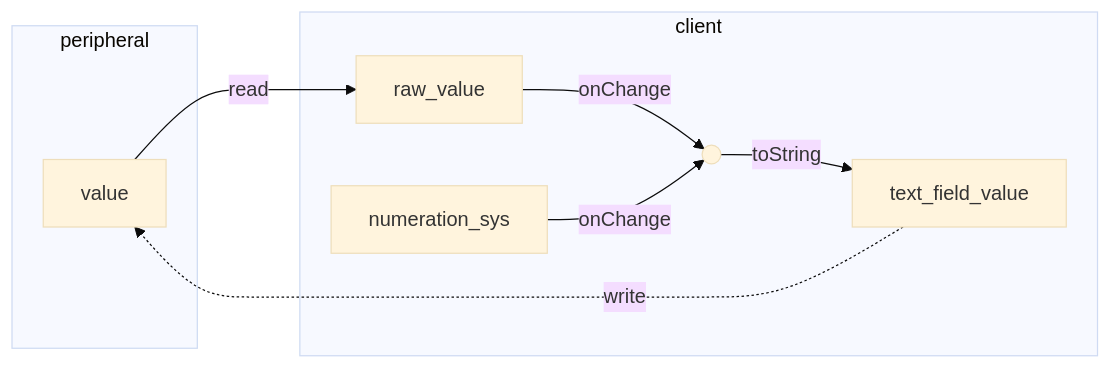
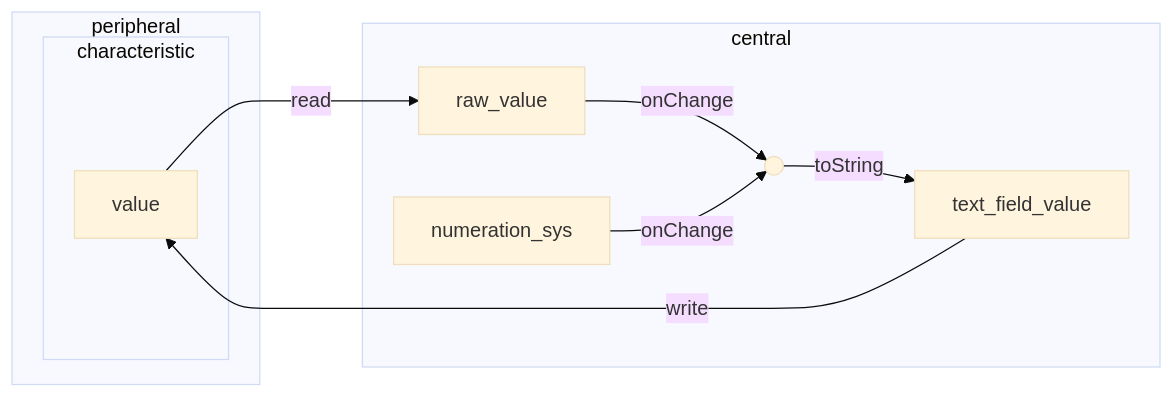
The diagram in README.md (botamochi6277/reactjs-ble-console), drawn with Mermaid (base theme) before and after one commit.

````diff
--- a/README.md
+++ b/README.md
@@ -10,23 +10,25 @@
 ```mermaid
 graph LR
 
 subgraph peripheral
-   value
+   subgraph characteristic
+      value
+   end
 end
 
-subgraph client
+subgraph central
    raw_value
    text_field_value
    numeration_sys
 
    plus(( ))
    raw_value-->|onChange|plus
    numeration_sys-->|onChange|plus
    plus-->|toString|text_field_value
 
-   text_field_value-.->|write|value
+   text_field_value-->|write|value
 end
 
 value-->|read|raw_value
 
 ```
````
